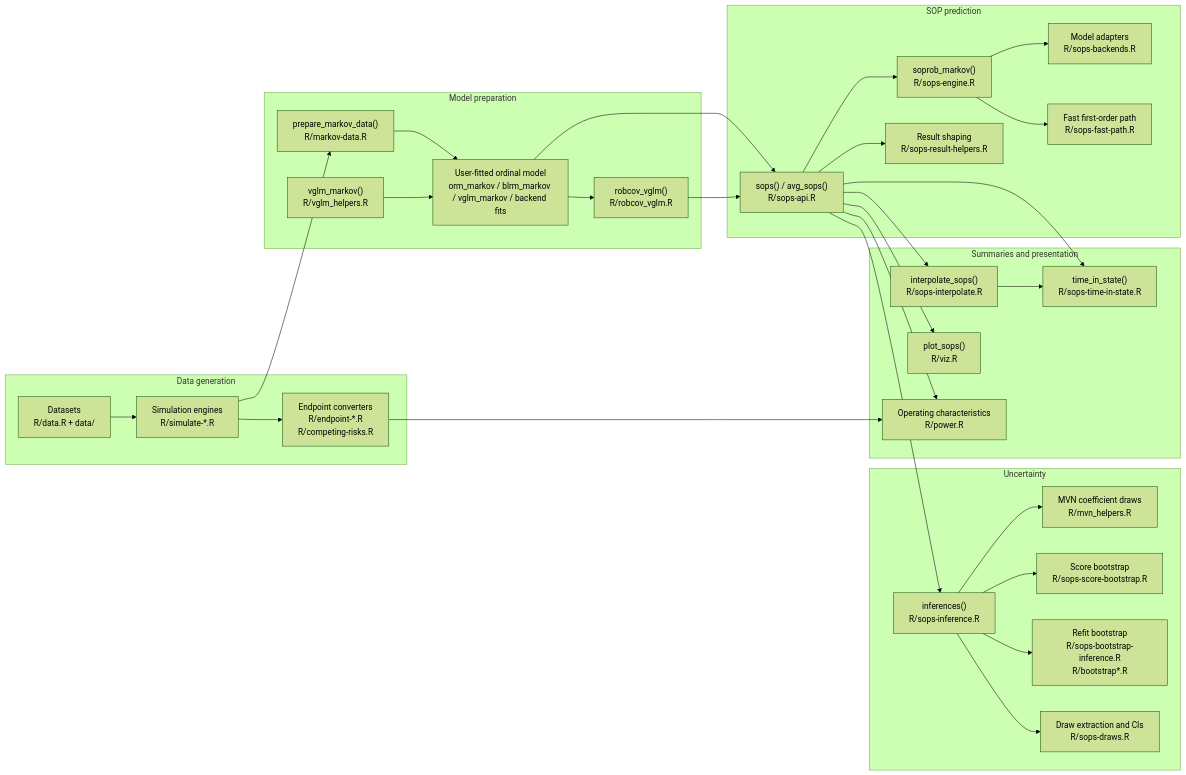
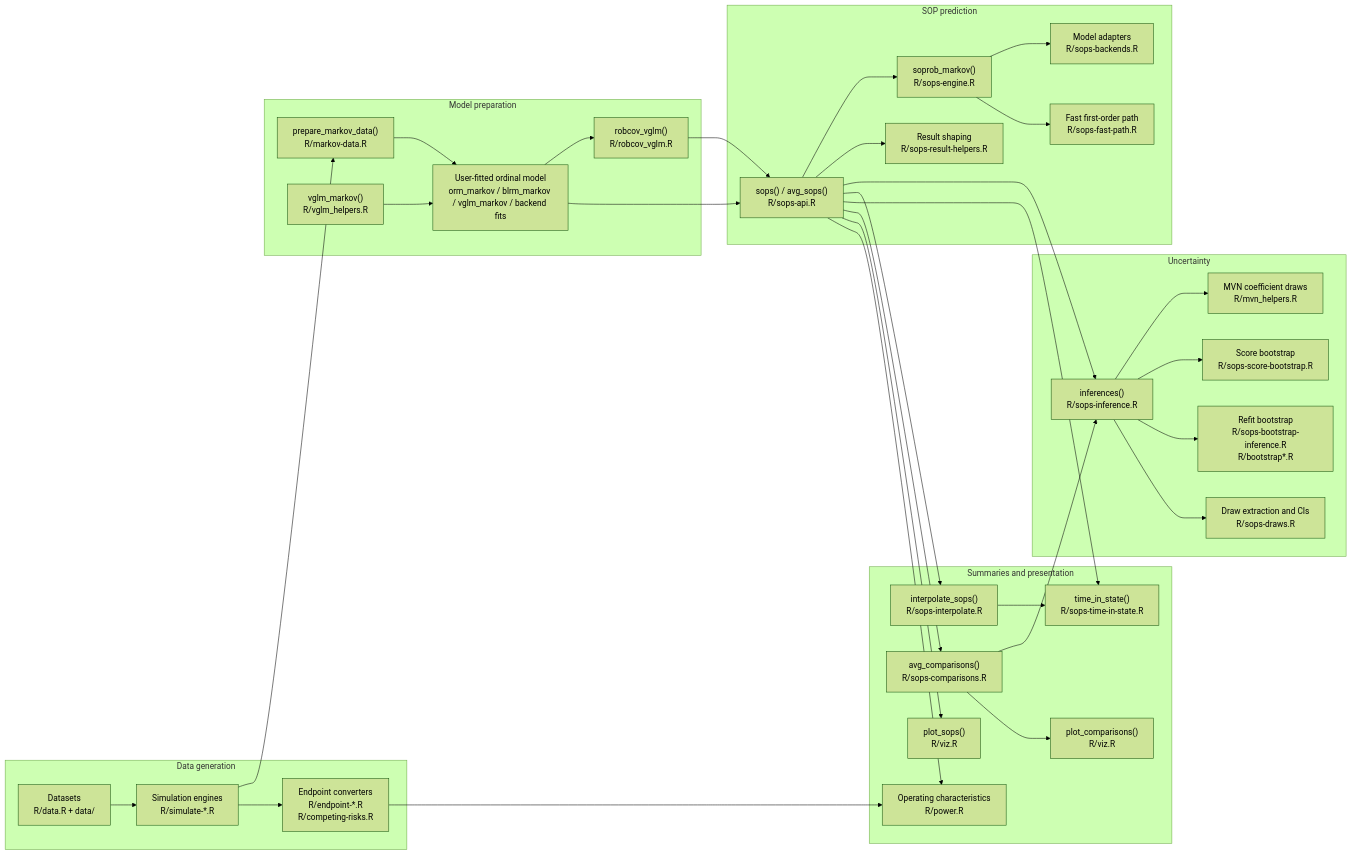
The first of 6 diagrams in ARCHITECTURE.md (scjohannes/markov.misc), drawn with Mermaid (forest theme) before and after one commit. The commit also changed other lines of this file and 21 other files, not shown here.

````diff
--- a/ARCHITECTURE.md
+++ b/ARCHITECTURE.md
@@ -27,62 +27,67 @@
 ```mermaid
 flowchart LR
   subgraph "Data generation"
     SIM["Simulation engines<br/>R/simulate-*.R"]
     BASE["Datasets<br/>R/data.R + data/"]
     ENDPOINT_IN["Endpoint converters<br/>R/endpoint-*.R<br/>R/competing-risks.R"]
   end
 
   subgraph "Model preparation"
     PREP["prepare_markov_data()<br/>R/markov-data.R"]
     FIT["User-fitted ordinal model<br/>orm_markov / blrm_markov / vglm_markov / backend fits"]
     VGLM_FIT["vglm_markov()<br/>R/vglm_helpers.R"]
     ROB["robcov_vglm()<br/>R/robcov_vglm.R"]
   end
 
   subgraph "SOP prediction"
     API["sops() / avg_sops()<br/>R/sops-api.R"]
     BACKENDS["Model adapters<br/>R/sops-backends.R"]
     ENGINE["soprob_markov()<br/>R/sops-engine.R"]
     FAST["Fast first-order path<br/>R/sops-fast-path.R"]
     RESULT["Result shaping<br/>R/sops-result-helpers.R"]
   end
 
   subgraph "Uncertainty"
     INF["inferences()<br/>R/sops-inference.R"]
     MVN["MVN coefficient draws<br/>R/mvn_helpers.R"]
     SCORE["Score bootstrap<br/>R/sops-score-bootstrap.R"]
     REFIT["Refit bootstrap<br/>R/sops-bootstrap-inference.R<br/>R/bootstrap*.R"]
     DRAWS["Draw extraction and CIs<br/>R/sops-draws.R"]
   end
 
   subgraph "Summaries and presentation"
     TIS["time_in_state()<br/>R/sops-time-in-state.R"]
+    COMP["avg_comparisons()<br/>R/sops-comparisons.R"]
     INT["interpolate_sops()<br/>R/sops-interpolate.R"]
     PLOT["plot_sops()<br/>R/viz.R"]
+    PLOT_COMP["plot_comparisons()<br/>R/viz.R"]
     OC["Operating characteristics<br/>R/power.R"]
   end
 
   SIM --> PREP
   BASE --> SIM
   SIM --> ENDPOINT_IN
   PREP --> FIT
   VGLM_FIT --> FIT
   FIT --> ROB
   FIT --> API
   ROB --> API
   API --> ENGINE
   API --> RESULT
   ENGINE --> BACKENDS
   ENGINE --> FAST
   API --> INF
   INF --> MVN
   INF --> SCORE
   INF --> REFIT
   INF --> DRAWS
   API --> INT
   API --> TIS
+  API --> COMP
+  COMP --> INF
   INT --> TIS
   API --> PLOT
+  COMP --> PLOT_COMP
   ENDPOINT_IN --> OC
   API --> OC
 ```
````
